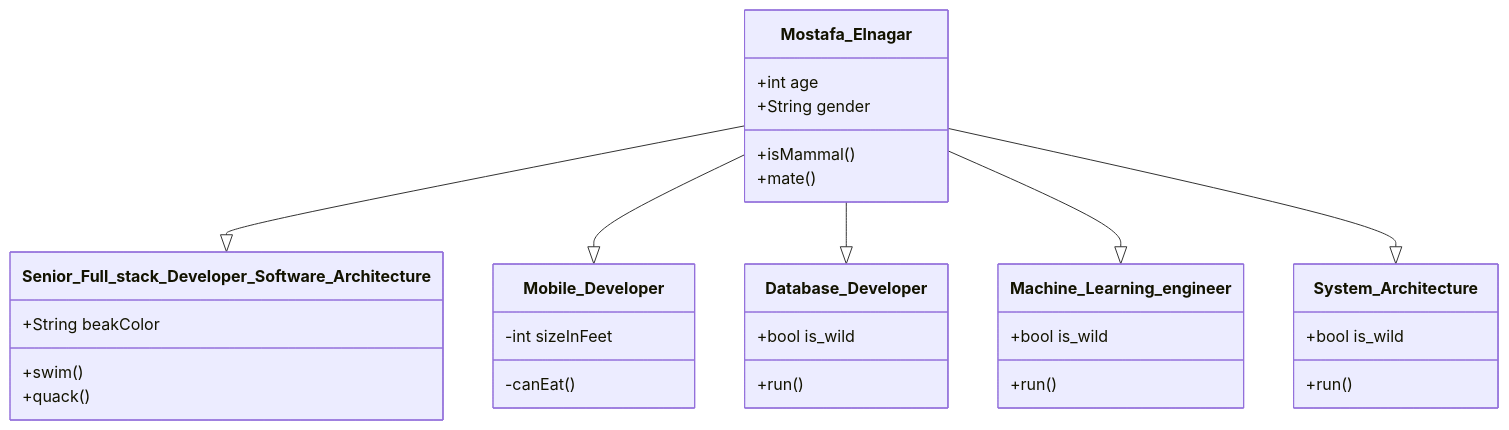
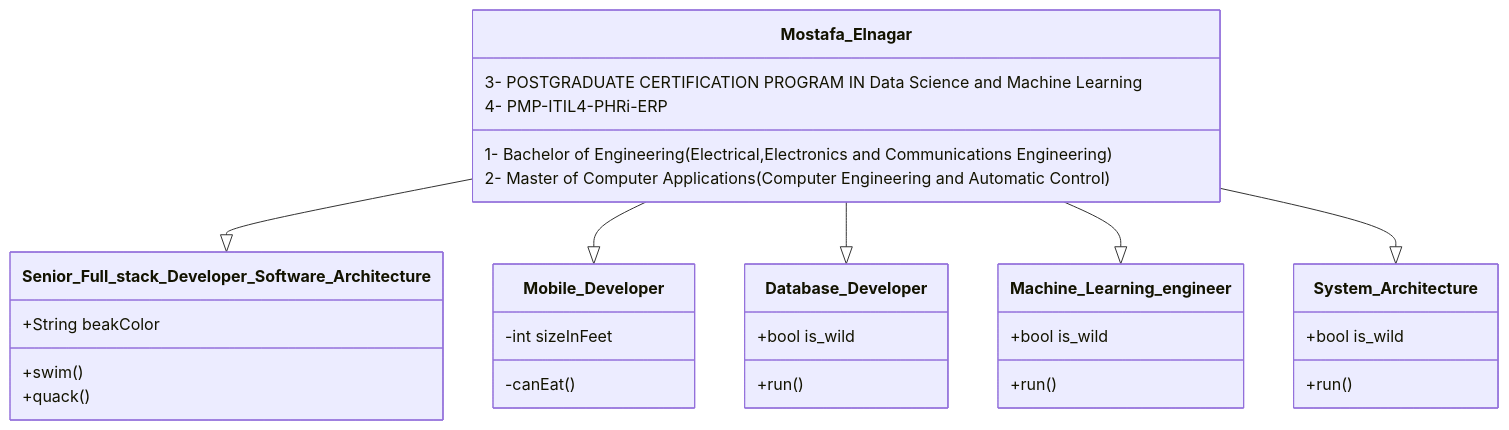
The first of 4 diagrams in README.md (saskw2010/saskw2010), drawn with Mermaid before and after one commit.

````diff
--- a/README.md
+++ b/README.md
@@ -8,33 +8,34 @@
 ```mermaid   
 classDiagram
     Mostafa_Elnagar --|> Senior_Full_stack_Developer_Software_Architecture
     Mostafa_Elnagar --|> Mobile_Developer
     Mostafa_Elnagar --|> Database_Developer
     Mostafa_Elnagar --|> Machine_Learning_engineer
     Mostafa_Elnagar --|> System_Architecture
-    Mostafa_Elnagar : +int age
-    Mostafa_Elnagar : +String gender
-    Mostafa_Elnagar: +isMammal()
-    Mostafa_Elnagar: +mate()
+    Mostafa_Elnagar : 3- POSTGRADUATE CERTIFICATION PROGRAM IN Data Science and Machine Learning
+    Mostafa_Elnagar : 4- PMP-ITIL4-PHRi-ERP
+    Mostafa_Elnagar : 1- Bachelor of Engineering(Electrical,Electronics and Communications Engineering)
+    Mostafa_Elnagar : 2- Master of Computer Applications (Computer Engineering and Automatic Control)
+
     class Senior_Full_stack_Developer_Software_Architecture{
       +String beakColor
       +swim()
       +quack()
     }
     class Mobile_Developer{
       -int sizeInFeet
       -canEat()
     }
     class Database_Developer{
       +bool is_wild
       +run()
     }
     class Machine_Learning_engineer{
       +bool is_wild
       +run()
     }
     class System_Architecture{
       +bool is_wild
       +run()
     }
 ```
````
